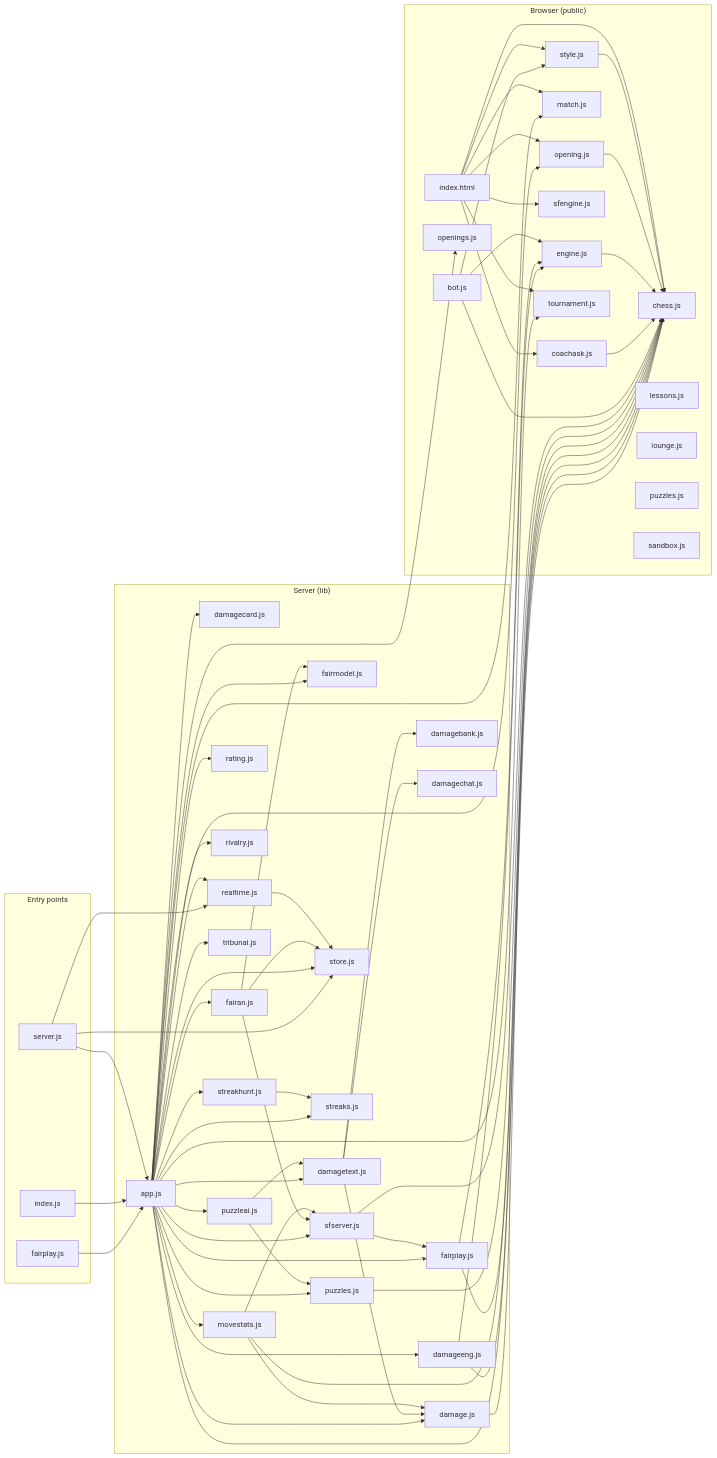
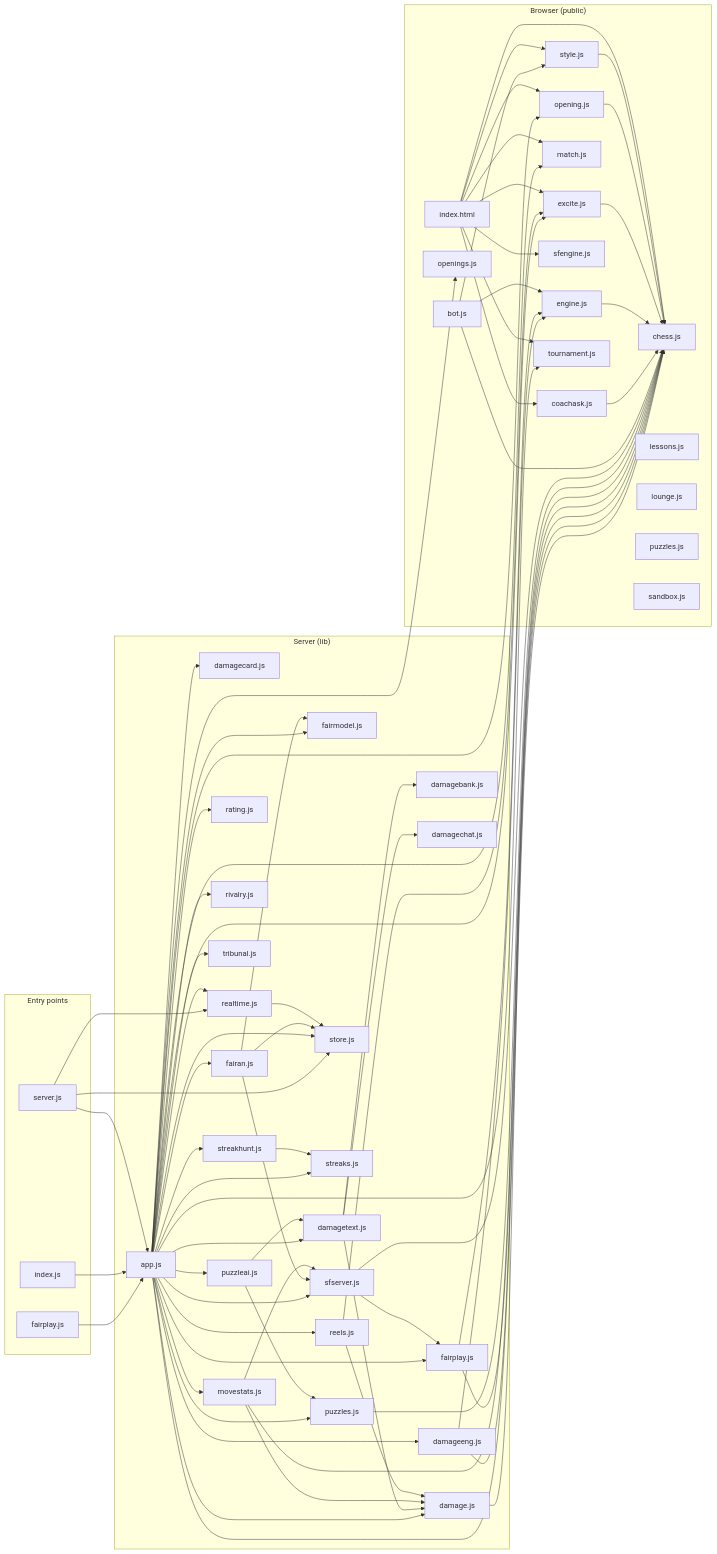
One commit to Vihaancoding/chess-with-friends changed the diagram in docs/code-map.md. Above: the diagram before and after it, drawn with Mermaid. The commit also changed other lines of this file and 7 other files, not shown here.

````diff
--- a/docs/code-map.md
+++ b/docs/code-map.md
@@ -25,6 +25,7 @@
     lib_puzzles_js["puzzles.js"]
     lib_rating_js["rating.js"]
     lib_realtime_js["realtime.js"]
+    lib_reels_js["reels.js"]
     lib_rivalry_js["rivalry.js"]
     lib_sfserver_js["sfserver.js"]
     lib_store_js["store.js"]
@@ -37,6 +38,7 @@
     public_chess_js["chess.js"]
     public_coachask_js["coachask.js"]
     public_engine_js["engine.js"]
+    public_excite_js["excite.js"]
     public_lessons_js["lessons.js"]
     public_lounge_js["lounge.js"]
     public_match_js["match.js"]
@@ -72,6 +74,8 @@
   lib_app_js --> lib_movestats_js
   lib_app_js --> lib_streaks_js
   lib_app_js --> lib_streakhunt_js
+  lib_app_js --> lib_reels_js
+  lib_app_js --> public_excite_js
   lib_app_js --> lib_tribunal_js
   lib_app_js --> lib_sfserver_js
   lib_app_js --> lib_fairan_js
@@ -95,6 +99,8 @@
   lib_puzzleai_js --> lib_damagetext_js
   lib_puzzles_js --> public_chess_js
   lib_realtime_js --> lib_store_js
+  lib_reels_js --> public_excite_js
+  lib_reels_js --> lib_damage_js
   lib_sfserver_js --> public_chess_js
   lib_sfserver_js --> lib_fairplay_js
   lib_streakhunt_js --> lib_streaks_js
@@ -103,6 +109,7 @@
   public_bot_js --> public_engine_js
   public_coachask_js --> public_chess_js
   public_engine_js --> public_chess_js
+  public_excite_js --> public_chess_js
   public_opening_js --> public_chess_js
   public_style_js --> public_chess_js
   public_index_html --> public_chess_js
@@ -112,4 +119,5 @@
   public_index_html --> public_match_js
   public_index_html --> public_tournament_js
   public_index_html --> public_sfengine_js
+  public_index_html --> public_excite_js
 ```
````
